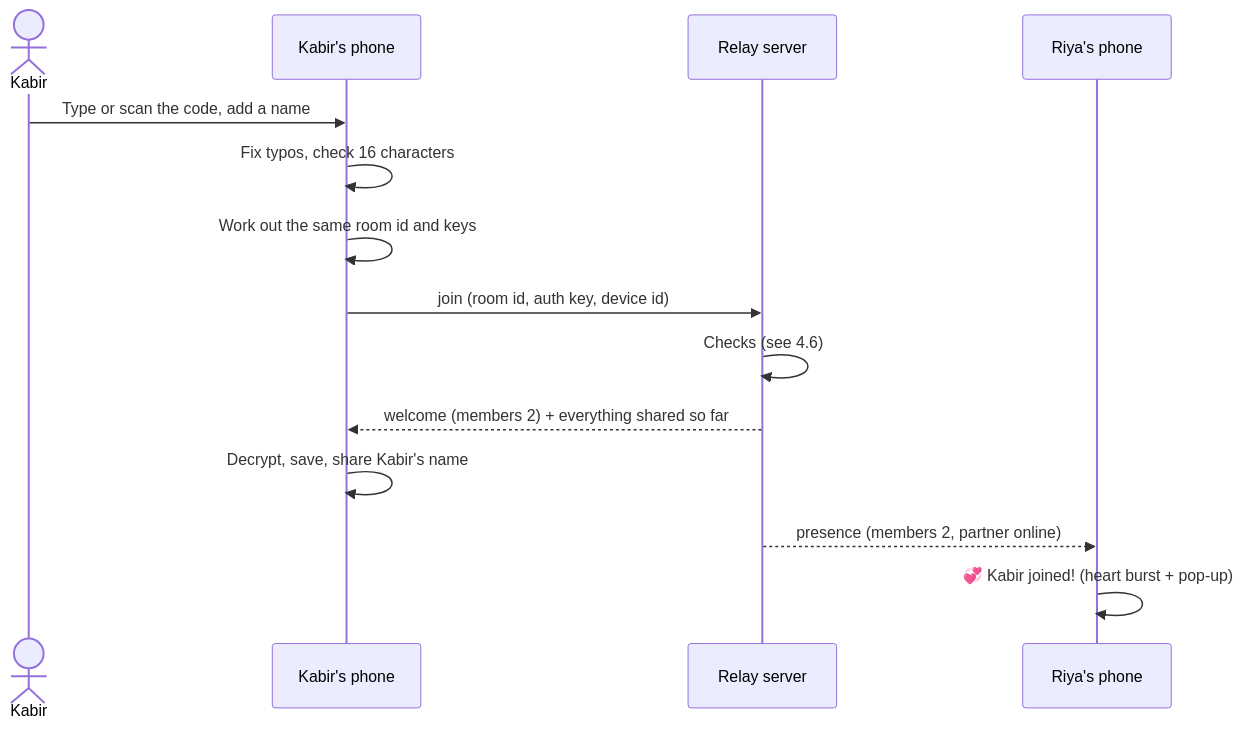
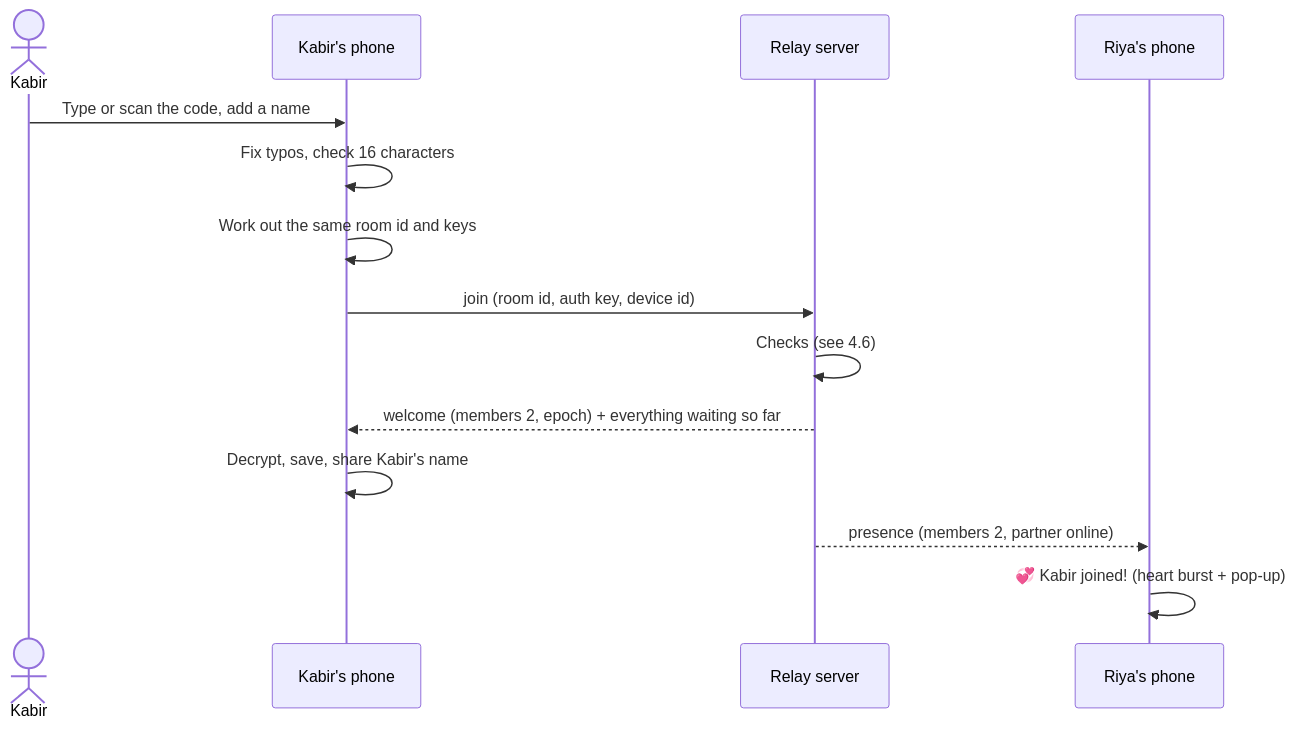
Before and after one commit to silent-coder-dev/private-space: the third of 30 diagrams in front-end/doc/04-flowcharts.md, drawn with Mermaid. The commit also changed other lines of this file and 78 other files, not shown here.

````diff
--- a/front-end/doc/04-flowcharts.md
+++ b/front-end/doc/04-flowcharts.md
@@ -69,16 +72,16 @@
 ```mermaid
 sequenceDiagram
     actor Kabir
     participant App as Kabir's phone
     participant Relay as Relay server
     participant Riya as Riya's phone
     Kabir->>App: Type or scan the code, add a name
     App->>App: Fix typos, check 16 characters
     App->>App: Work out the same room id and keys
     App->>Relay: join (room id, auth key, device id)
     Relay->>Relay: Checks (see 4.6)
-    Relay-->>App: welcome (members 2) + everything shared so far
+    Relay-->>App: welcome (members 2, epoch) + everything waiting so far
     App->>App: Decrypt, save, share Kabir's name
     Relay-->>Riya: presence (members 2, partner online)
     Riya->>Riya: 💞 Kabir joined! (heart burst + pop-up)
 ```
````
